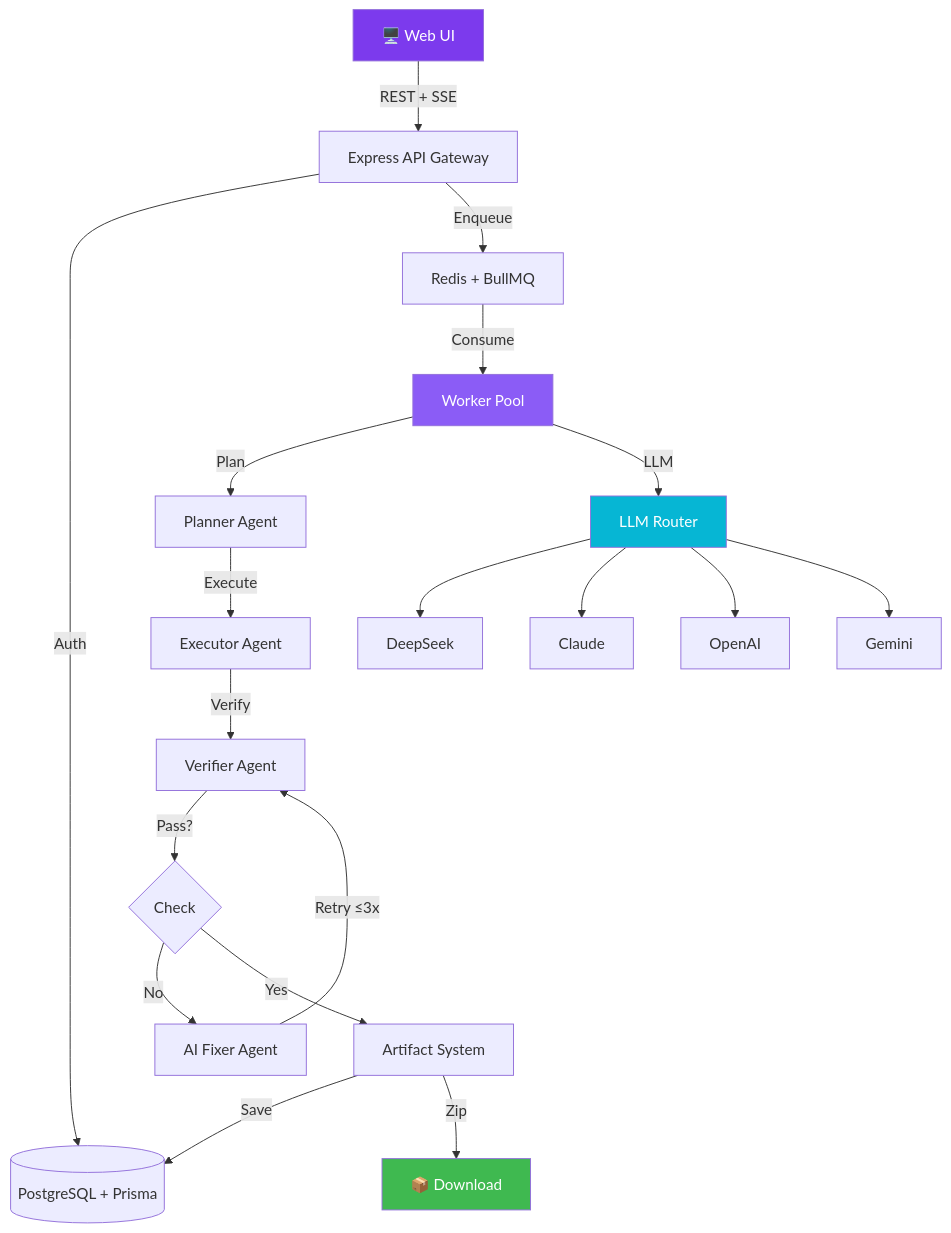
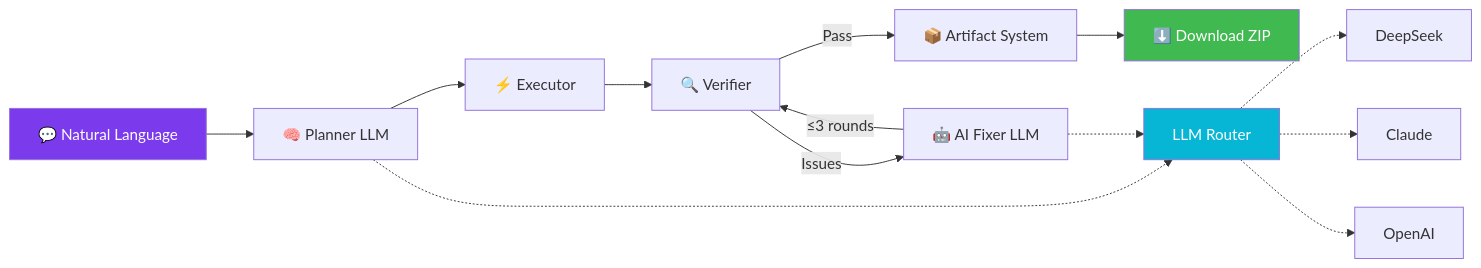
The diagram in README.md (Eric30x/ai-dev-system), drawn with Mermaid before and after one commit. The commit also changed other lines of this file and 8 other files, not shown here.

````diff
--- a/README.md
+++ b/README.md
@@ -55,26 +56,20 @@
 ```mermaid
-graph TD
-    A[🖥️ Web UI] -->|REST + SSE| B[Express API Gateway]
-    B -->|Auth| C[(PostgreSQL + Prisma)]
-    B -->|Enqueue| D[Redis + BullMQ]
-    D -->|Consume| E[Worker Pool]
-    E -->|Plan| F[Planner Agent]
-    F -->|Execute| G[Executor Agent]
-    G -->|Verify| H[Verifier Agent]
-    H -->|Pass?| I{Check}
-    I -->|No| J[AI Fixer Agent]
-    J -->|Retry ≤3x| H
-    I -->|Yes| K[Artifact System]
-    K -->|Save| C
-    K -->|Zip| L[📦 Download]
-    E -->|LLM| M[LLM Router]
-    M --> N[DeepSeek]
-    M --> O[Claude]
-    M --> P[OpenAI]
-    M --> Q[Gemini]
+graph LR
+    A[💬 Natural Language] --> B[🧠 Planner LLM]
+    B --> C[⚡ Executor]
+    C --> D[🔍 Verifier]
+    D -->|Issues| E[🤖 AI Fixer LLM]
+    E -->|≤3 rounds| D
+    D -->|Pass| F[📦 Artifact System]
+    F --> G[⬇️ Download ZIP]
+
+    B -.-> H[LLM Router]
+    E -.-> H
+    H -.-> I[DeepSeek]
+    H -.-> J[Claude]
+    H -.-> K[OpenAI]
 
     style A fill:#7C3AED,color:#fff
-    style E fill:#8B5CF6,color:#fff
-    style M fill:#06B6D4,color:#fff
-    style L fill:#3FB950,color:#fff
+    style G fill:#3FB950,color:#fff
+    style H fill:#06B6D4,color:#fff
 ```
````
